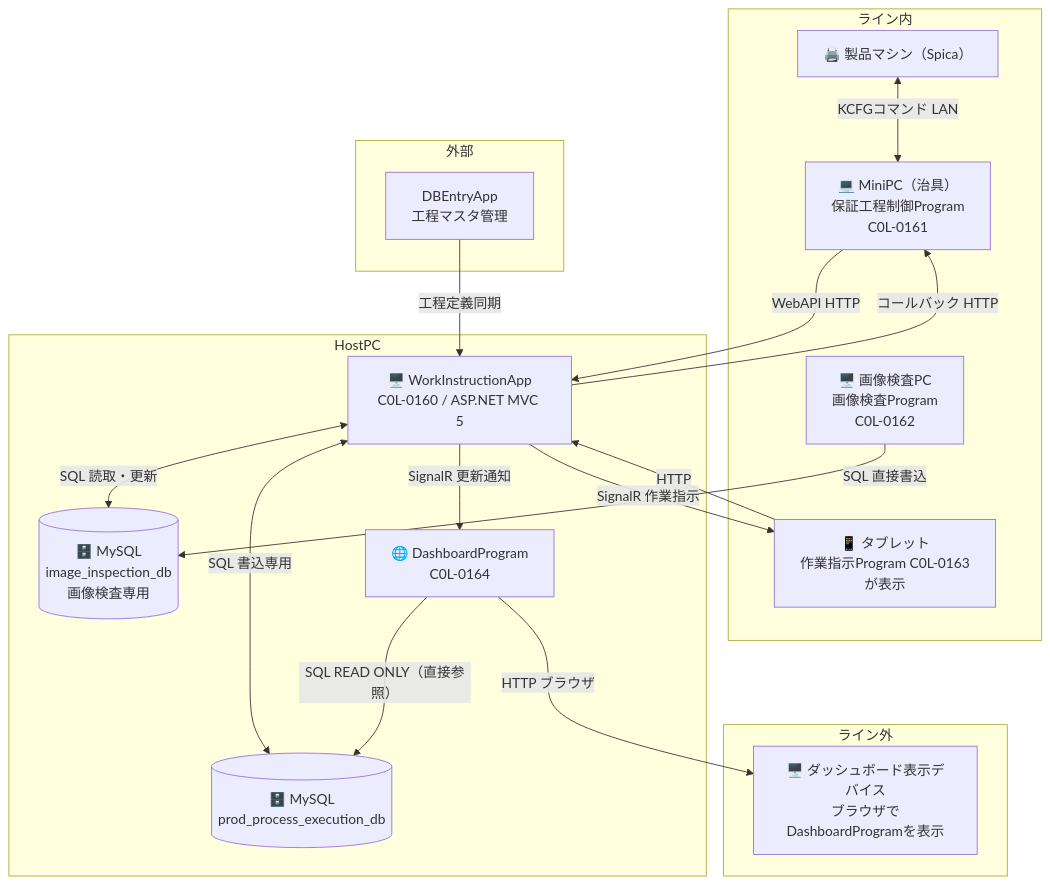
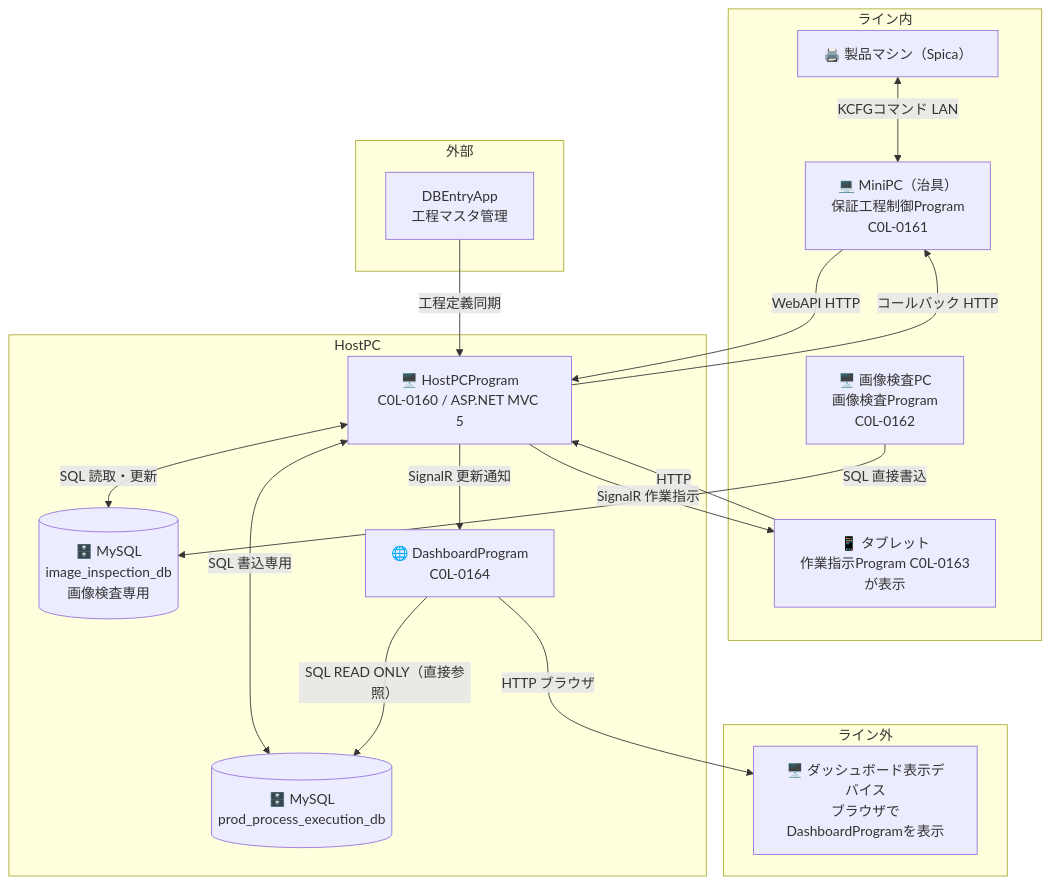
Before and after one commit to namagi14-lab/spica-warranty-design: the diagram in README.md, drawn with Mermaid. The commit also changed other lines of this file and 7 other files, not shown here.

First line of the commit message:
fix: WorkInstructionApp→HostPCProgram に文言統一、README目次を更新

````diff
--- a/README.md
+++ b/README.md
@@ -10,37 +10,37 @@
 ```mermaid
 graph TB
     subgraph ライン内
         P["🖨️ 製品マシン（Spica）"]
         M["💻 MiniPC（治具）\n保証工程制御Program\nC0L-0161"]
         T["📱 タブレット\n作業指示Program C0L-0163\nが表示"]
         IMG["🖥️ 画像検査PC\n画像検査Program\nC0L-0162"]
         P <-->|KCFGコマンド LAN| M
     end
 
     subgraph HostPC
-        H["🖥️ WorkInstructionApp\nC0L-0160 / ASP.NET MVC 5"]
+        H["🖥️ HostPCProgram\nC0L-0160 / ASP.NET MVC 5"]
         DB[("🗄️ MySQL\nprod_process_execution_db")]
         IDB[("🗄️ MySQL\nimage_inspection_db\n画像検査専用")]
         Dash["🌐 DashboardProgram\nC0L-0164"]
         H <-->|SQL 書込専用| DB
         H <-->|SQL 読取・更新| IDB
         Dash -->|SQL READ ONLY（直接参照）| DB
     end
 
     subgraph ライン外
         DispDev["🖥️ ダッシュボード表示デバイス\nブラウザでDashboardProgramを表示"]
     end
 
     subgraph 外部
         DBE["DBEntryApp\n工程マスタ管理"]
     end
 
     M -->|WebAPI HTTP| H
     H -->|コールバック HTTP| M
     T -->|HTTP| H
     H -->|SignalR 作業指示| T
     H -->|SignalR 更新通知| Dash
     Dash -->|HTTP ブラウザ| DispDev
     IMG -->|SQL 直接書込| IDB
     DBE -->|工程定義同期| H
 ```
````
